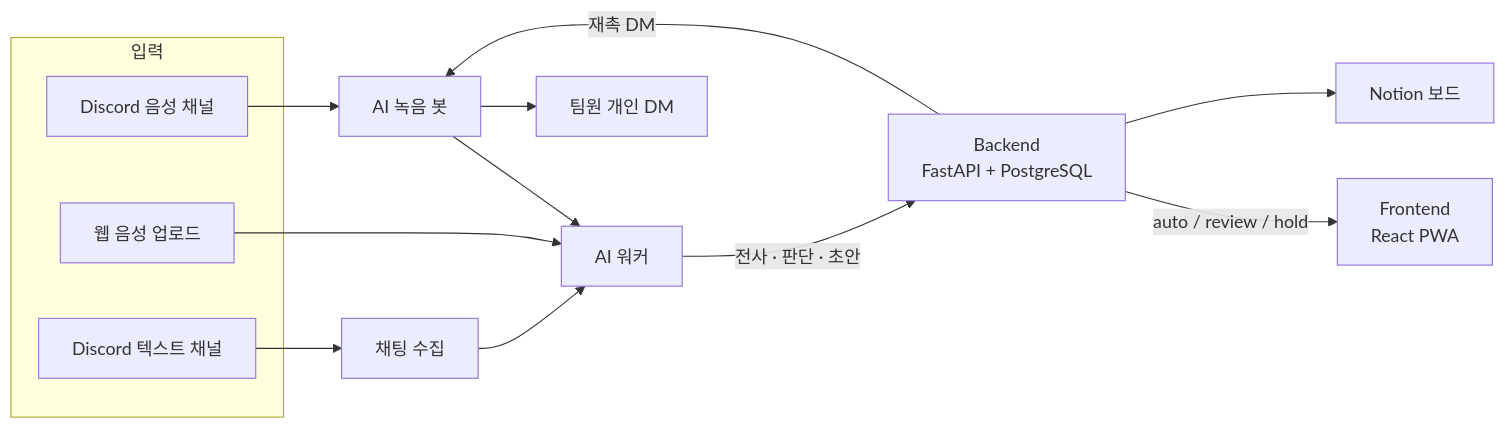
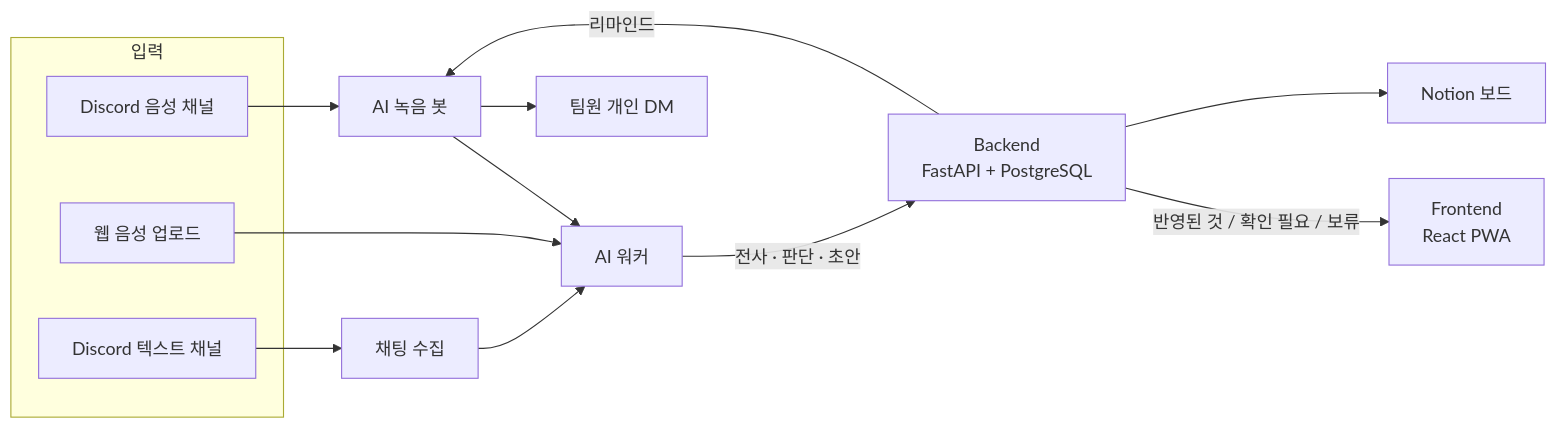
One commit to kakaotechcampus-4/ktc4-kyungpook-3 changed the diagram in README.md. Above: the diagram before and after it, drawn with Mermaid. The commit also changed other lines of this file, not shown here.

````diff
--- a/README.md
+++ b/README.md
@@ -28,18 +98,18 @@
 ```mermaid
 flowchart LR
   subgraph 입력
     V[Discord 음성 채널]
     U[웹 음성 업로드]
     C[Discord 텍스트 채널]
   end
   V --> BOT[AI 녹음 봇]
   U --> W[AI 워커]
   C --> P[채팅 수집]
   BOT --> W
   P --> W
   W -- "전사 · 판단 · 초안" --> BE[Backend<br/>FastAPI + PostgreSQL]
-  BE -- "auto / review / hold" --> FE[Frontend<br/>React PWA]
+  BE -- "반영된 것 / 확인 필요 / 보류" --> FE[Frontend<br/>React PWA]
   BE --> N[Notion 보드]
-  BE -- 재촉 DM --> BOT
+  BE -- 리마인드 --> BOT
   BOT --> M[팀원 개인 DM]
 ```
````
